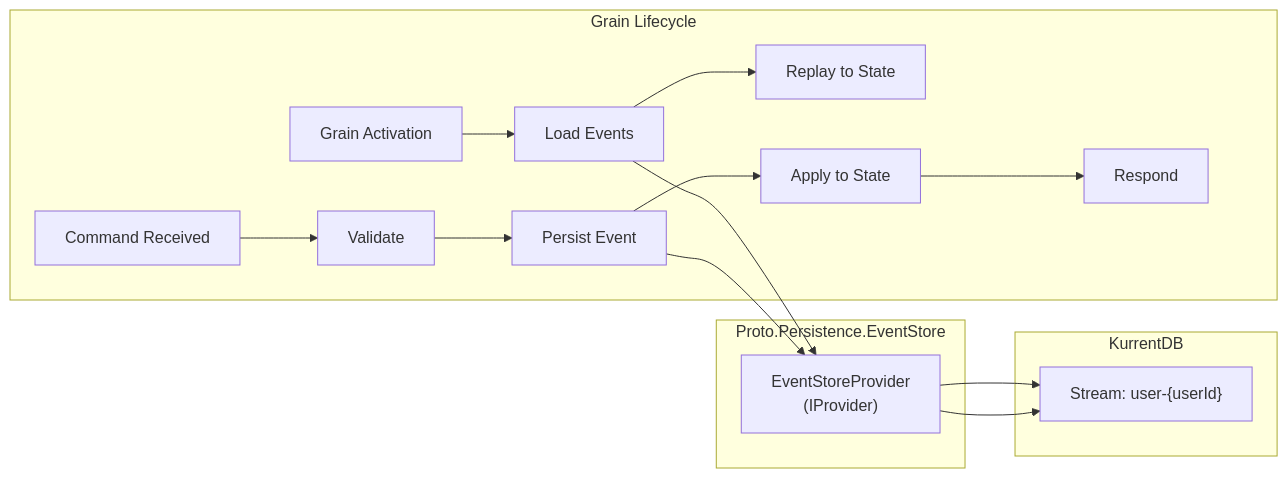
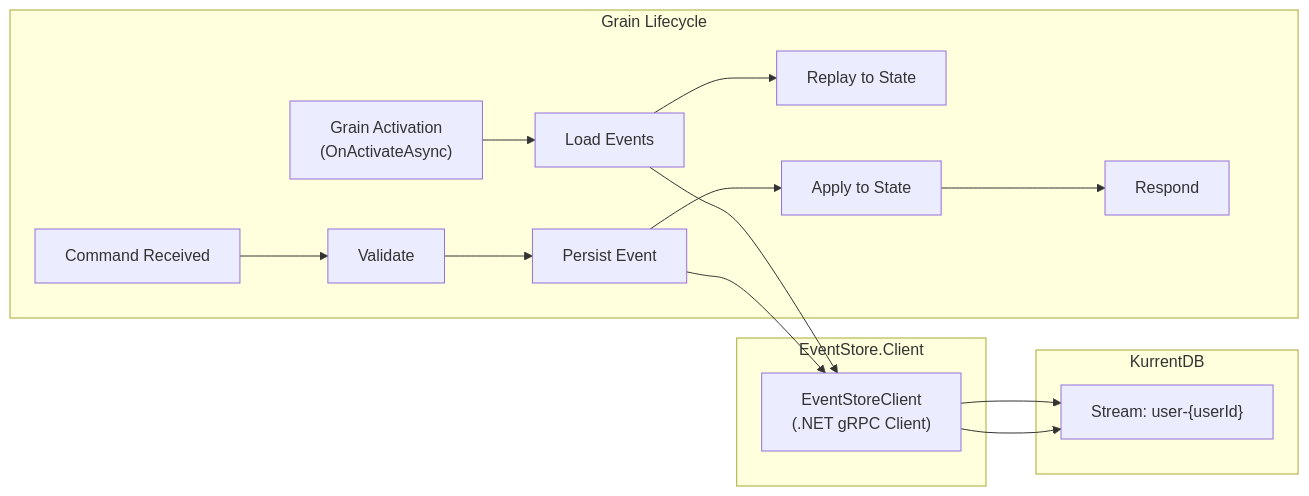
One commit to lekhasy/Vut changed the sixth of 19 diagrams in epics/01-epic-first-signin-org/architecture/architecture.md. Above: the diagram before and after it, drawn with Mermaid. The commit also changed other lines of this file and 32 other files, not shown here.

````diff
--- a/epics/01-epic-first-signin-org/architecture/architecture.md
+++ b/epics/01-epic-first-signin-org/architecture/architecture.md
@@ -494,24 +598,24 @@
 ```mermaid
 graph LR
     subgraph "Grain Lifecycle"
-        Activate["Grain Activation"] --> Load["Load Events"]
+        Activate["Grain Activation<br/>(OnActivateAsync)"] --> Load["Load Events"]
         Load --> Replay["Replay to State"]
         Command["Command Received"] --> Validate["Validate"]
         Validate --> Emit["Persist Event"]
         Emit --> Apply["Apply to State"]
         Apply --> Respond["Respond"]
     end
 
-    subgraph "Proto.Persistence.EventStore"
-        Provider["EventStoreProvider<br/>(IProvider)"]
+    subgraph "EventStore.Client"
+        Client["EventStoreClient<br/>(.NET gRPC Client)"]
     end
 
     subgraph "KurrentDB"
         Stream["Stream: user-{userId}"]
     end
 
-    Load --> Provider
-    Provider --> Stream
-    Emit --> Provider
-    Provider --> Stream
+    Load --> Client
+    Client --> Stream
+    Emit --> Client
+    Client --> Stream
 ```
````
